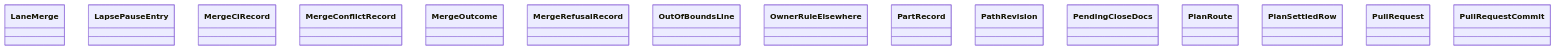
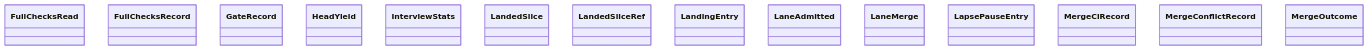
The diagram in docs/architecture/generated/classes-process-domain-state-7.md (GonzaloZevallos/agentic-system), drawn with Mermaid before and after one commit. The commit also changed other lines of this file and 38 other files, not shown here.

First line of the commit message:
Add the held stage: a holds record read by hold_record and claimed before the queue

````diff
--- a/docs/architecture/generated/classes-process-domain-state-7.md
+++ b/docs/architecture/generated/classes-process-domain-state-7.md
@@ -31,18 +32,17 @@
 ```mermaid
 classDiagram
+    class task__FullChecksRead["FullChecksRead"]
+    class task__FullChecksRecord["FullChecksRecord"]
+    class task__GateRecord["GateRecord"]
+    class task__HeadYield["HeadYield"]
+    class task__InterviewStats["InterviewStats"]
+    class task__LandedSlice["LandedSlice"]
+    class task__LandedSliceRef["LandedSliceRef"]
+    class task__LandingEntry["LandingEntry"]
+    class task__LaneAdmitted["LaneAdmitted"]
     class task__LaneMerge["LaneMerge"]
     class task__LapsePauseEntry["LapsePauseEntry"]
     class task__MergeCiRecord["MergeCiRecord"]
     class task__MergeConflictRecord["MergeConflictRecord"]
     class task__MergeOutcome["MergeOutcome"]
-    class task__MergeRefusalRecord["MergeRefusalRecord"]
-    class task__OutOfBoundsLine["OutOfBoundsLine"]
-    class task__OwnerRuleElsewhere["OwnerRuleElsewhere"]
-    class task__PartRecord["PartRecord"]
-    class task__PathRevision["PathRevision"]
-    class task__PendingCloseDocs["PendingCloseDocs"]
-    class task__PlanRoute["PlanRoute"]
-    class task__PlanSettledRow["PlanSettledRow"]
-    class task__PullRequest["PullRequest"]
-    class task__PullRequestCommit["PullRequestCommit"]
 ```
````
